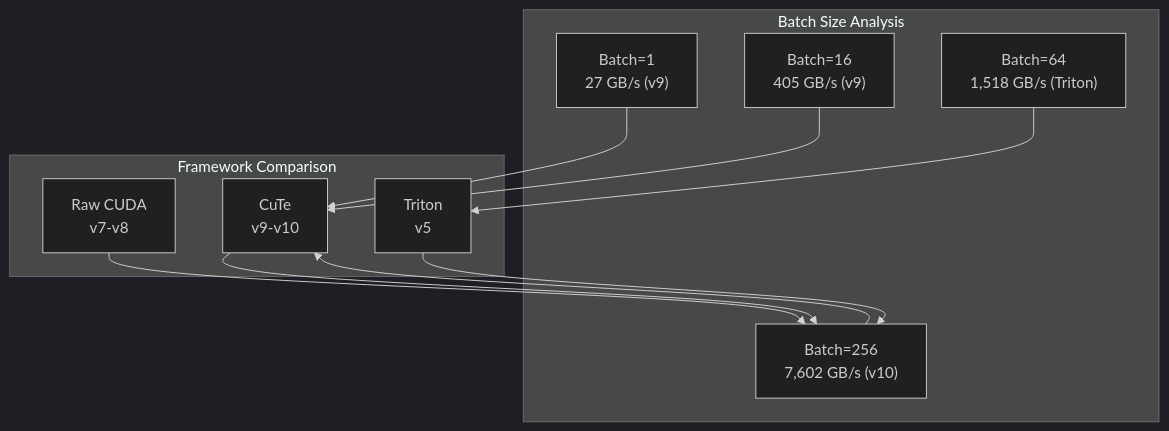
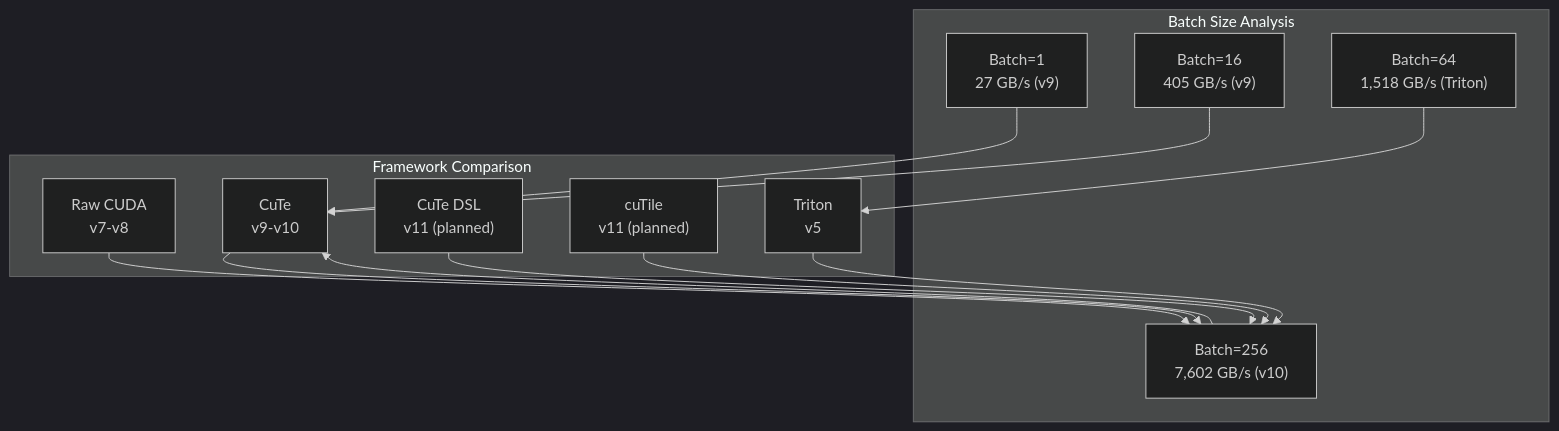
One commit to gugudeshubao/flashinfer-bench-tma-thrust changed the ninth of 10 diagrams in .qoder/repowiki/en/content/Core Kernels/Tech Stack Comparison_ Raw CUDA vs CuTe vs Triton.md. Above: the diagram before and after it, drawn with Mermaid (dark theme). The commit also changed other lines of this file and 3 other files, not shown here.

````diff
--- a/.qoder/repowiki/en/content/Core Kernels/Tech Stack Comparison_ Raw CUDA vs CuTe vs Triton.md
+++ b/.qoder/repowiki/en/content/Core Kernels/Tech Stack Comparison_ Raw CUDA vs CuTe vs Triton.md
@@ -328,21 +423,25 @@
 ```mermaid
 graph TB
 subgraph "Batch Size Analysis"
 B1["Batch=1<br/>27 GB/s (v9)"]
 B16["Batch=16<br/>405 GB/s (v9)"]
 B64["Batch=64<br/>1,518 GB/s (Triton)"]
 B256["Batch=256<br/>7,602 GB/s (v10)"]
 end
 subgraph "Framework Comparison"
 RAW["Raw CUDA<br/>v7-v8"]
 CUTTE["CuTe<br/>v9-v10"]
+CUTE_DSL["CuTe DSL<br/>v11 (planned)"]
+CUTILE["cuTile<br/>v11 (planned)"]
 TRIT["Triton<br/>v5"]
 end
 B1 --> CUTTE
 B16 --> CUTTE
 B64 --> TRIT
 B256 --> CUTTE
 RAW --> B256
 CUTTE --> B256
 TRIT --> B256
+CUTE_DSL --> B256
+CUTILE --> B256
 ```
````
